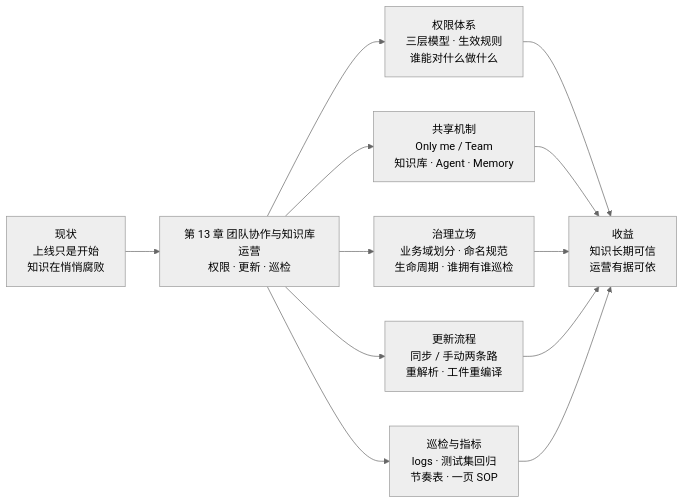
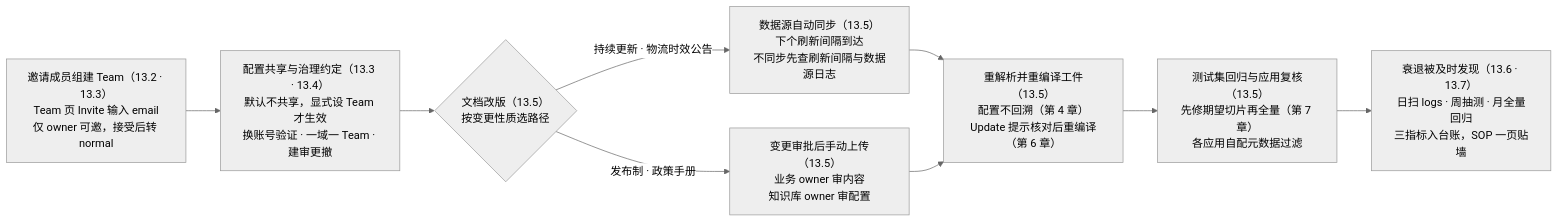
The first of 3 diagrams in books/ragflow/chapters/13-team-governance.md (ybak/ai-tutorial), drawn with Mermaid (neutral theme) before and after one commit. The commit also changed other lines of this file and 12 other files, not shown here.

First line of the commit message:
docs(ragflow): 章首图升级为操作流程图——第 3 章试点后全书推广,写作指南双图式修订

````diff
--- a/books/ragflow/chapters/13-team-governance.md
+++ b/books/ragflow/chapters/13-team-governance.md
@@ -11,14 +11,11 @@
 ```mermaid
 flowchart LR
-    A["现状<br/>上线只是开始<br/>知识在悄悄腐败"] --> B["第 13 章 团队协作与知识库运营<br/>权限 · 更新 · 巡检"]
-    B --> C["权限体系<br/>三层模型 · 生效规则<br/>谁能对什么做什么"]
-    B --> D["共享机制<br/>Only me / Team<br/>知识库 · Agent · Memory"]
-    B --> E["治理立场<br/>业务域划分 · 命名规范<br/>生命周期 · 谁拥有谁巡检"]
-    B --> F["更新流程<br/>同步 / 手动两条路<br/>重解析 · 工件重编译"]
-    B --> G["巡检与指标<br/>logs · 测试集回归<br/>节奏表 · 一页 SOP"]
-    C --> H["收益<br/>知识长期可信<br/>运营有据可依"]
-    D --> H
-    E --> H
-    F --> H
-    G --> H
+    A["邀请成员组建 Team（13.2 · 13.3）<br/>Team 页 Invite 输入 email<br/>仅 owner 可邀，接受后转 normal"] --> B["配置共享与治理约定（13.3 · 13.4）<br/>默认不共享，显式设 Team 才生效<br/>换账号验证 · 一域一 Team · 建审更撤"]
+    B --> C{"文档改版（13.5）<br/>按变更性质选路径"}
+    C -->|"持续更新 · 物流时效公告"| D["数据源自动同步（13.5）<br/>下个刷新间隔到达<br/>不同步先查刷新间隔与数据源日志"]
+    C -->|"发布制 · 政策手册"| E["变更审批后手动上传（13.5）<br/>业务 owner 审内容<br/>知识库 owner 审配置"]
+    D --> F["重解析并重编译工件（13.5）<br/>配置不回溯（第 4 章）<br/>Update 提示核对后重编译（第 6 章）"]
+    E --> F
+    F --> G["测试集回归与应用复核（13.5）<br/>先修期望切片再全量（第 7 章）<br/>各应用自配元数据过滤"]
+    G --> H["衰退被及时发现（13.6 · 13.7）<br/>日扫 logs · 周抽测 · 月全量回归<br/>三指标入台账，SOP 一页贴墙"]
 ```
````
